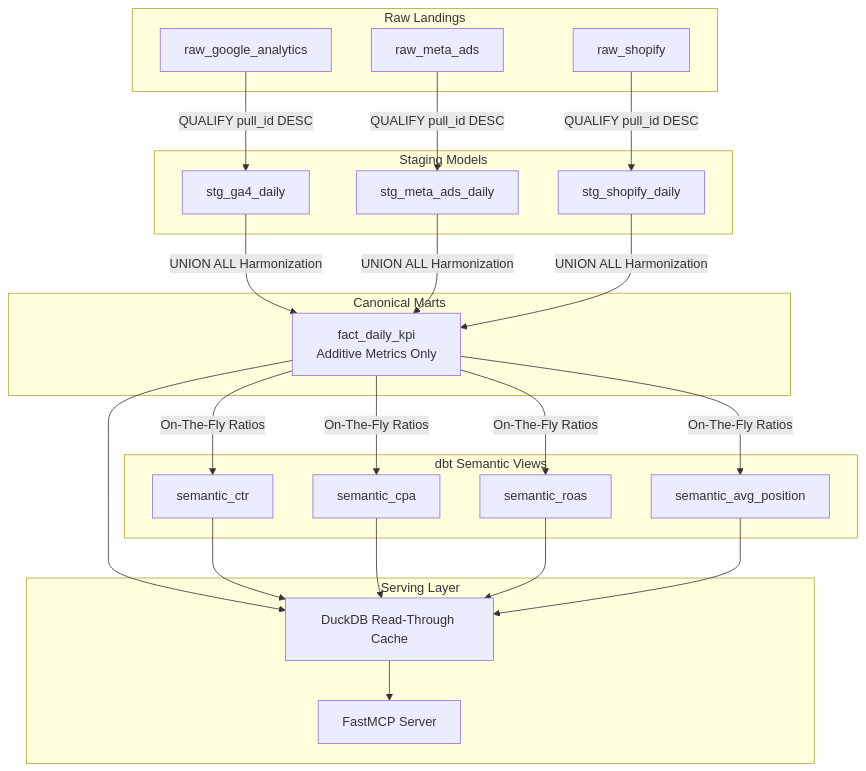
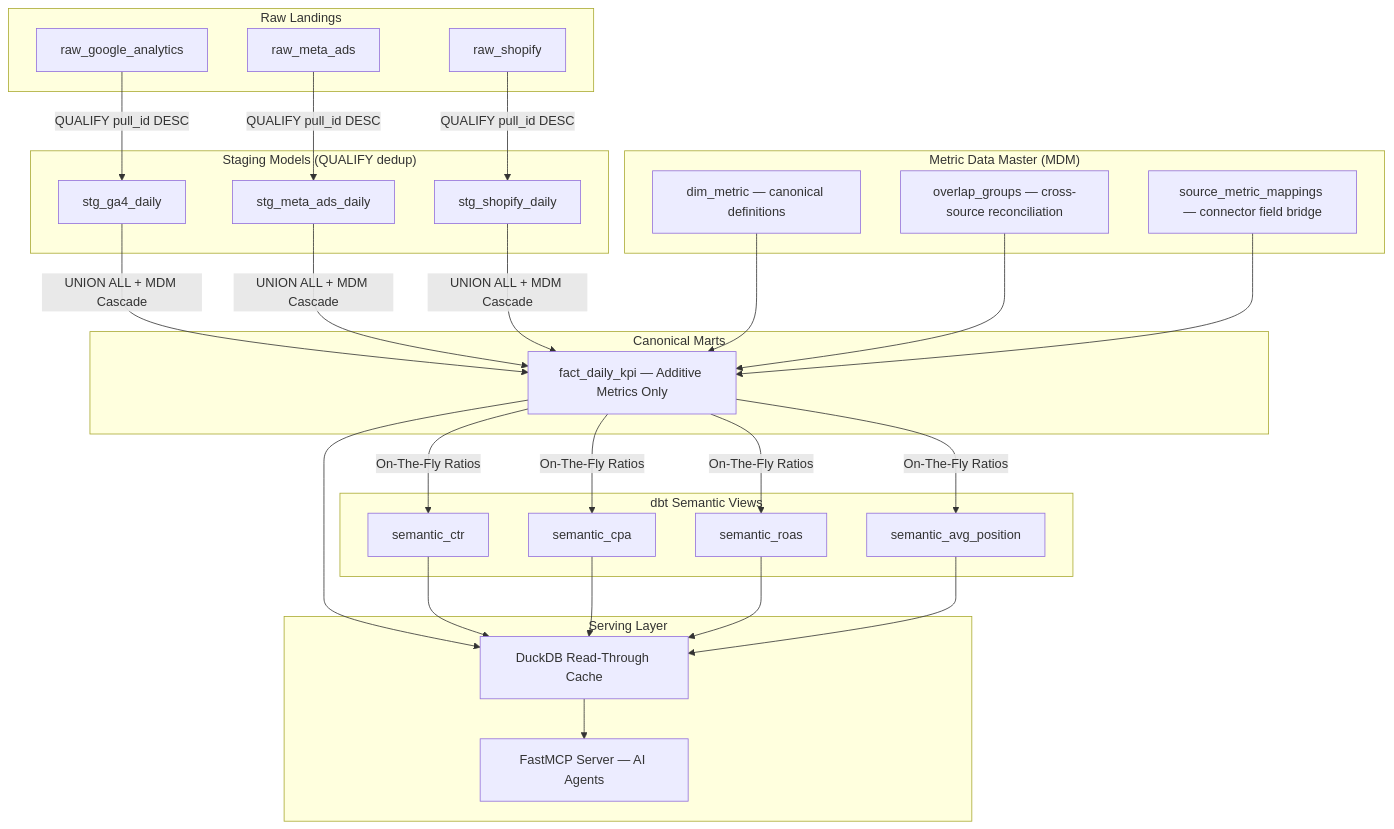
One commit to Toorow/Toorow changed the diagram in docs/semantic-layer.mdx. Above: the diagram before and after it, drawn with Mermaid. The commit also changed other lines of this file and 409 other files, not shown here.

Commit message:
docs(semantic): deep rewrite with MDM engine, geo/FX harmonization, multi-source reconciliation, and real screenshots

````diff
--- a/docs/semantic-layer.mdx
+++ b/docs/semantic-layer.mdx
@@ -12,41 +14,48 @@
 ```mermaid
 flowchart TD
-    subgraph Raw Landings
-        A1[raw_google_analytics]
-        A2[raw_meta_ads]
-        A3[raw_shopify]
+    subgraph raw["Raw Landings"]
+        A1["raw_google_analytics"]
+        A2["raw_meta_ads"]
+        A3["raw_shopify"]
     end
 
-    subgraph Staging Models
-        B1[stg_ga4_daily]
-        B2[stg_meta_ads_daily]
-        B3[stg_shopify_daily]
+    subgraph staging["Staging Models (QUALIFY dedup)"]
+        B1["stg_ga4_daily"]
+        B2["stg_meta_ads_daily"]
+        B3["stg_shopify_daily"]
     end
 
-    subgraph Canonical Marts
-        C1[fact_daily_kpi<br/>Additive Metrics Only]
+    subgraph mdm["Metric Data Master (MDM)"]
+        C0["dim_metric — canonical definitions"]
+        C1["overlap_groups — cross-source reconciliation"]
+        C2["source_metric_mappings — connector field bridge"]
     end
 
-    subgraph dbt Semantic Views
-        D1[semantic_ctr]
-        D2[semantic_cpa]
-        D3[semantic_roas]
-        D4[semantic_avg_position]
+    subgraph marts["Canonical Marts"]
+        D1["fact_daily_kpi — Additive Metrics Only"]
     end
 
-    subgraph Serving Layer
-        E1[DuckDB Read-Through Cache]
-        E2[FastMCP Server]
+    subgraph semantic["dbt Semantic Views"]
+        E1["semantic_ctr"]
+        E2["semantic_cpa"]
+        E3["semantic_roas"]
+        E4["semantic_avg_position"]
     end
 
-    A1 -->|QUALIFY pull_id DESC| B1
-    A2 -->|QUALIFY pull_id DESC| B2
-    A3 -->|QUALIFY pull_id DESC| B3
+    subgraph serve["Serving Layer"]
+        F1["DuckDB Read-Through Cache"]
+        F2["FastMCP Server — AI Agents"]
+    end
 
-    B1 & B2 & B3 -->|UNION ALL Harmonization| C1
+    A1 -->|"QUALIFY pull_id DESC"| B1
+    A2 -->|"QUALIFY pull_id DESC"| B2
+    A3 -->|"QUALIFY pull_id DESC"| B3
 
-    C1 -->|On-The-Fly Ratios| D1 & D2 & D3 & D4
+    B1 & B2 & B3 -->|"UNION ALL + MDM Cascade"| D1
+    C0 & C1 & C2 --> D1
 
-    C1 & D1 & D2 & D3 & D4 --> E1
-    E1 --> E2
+    D1 -->|"On-The-Fly Ratios"| E1 & E2 & E3 & E4
+
+    D1 & E1 & E2 & E3 & E4 --> F1
+    F1 --> F2
 ```
````
